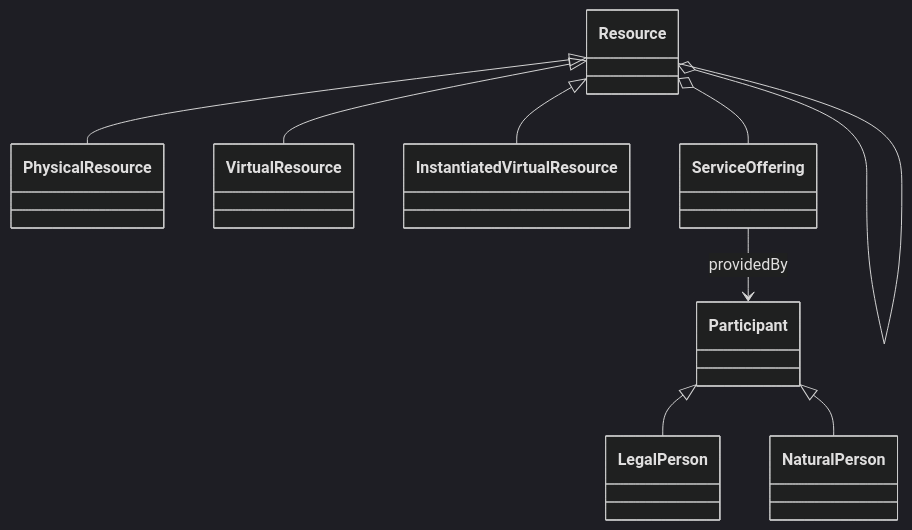
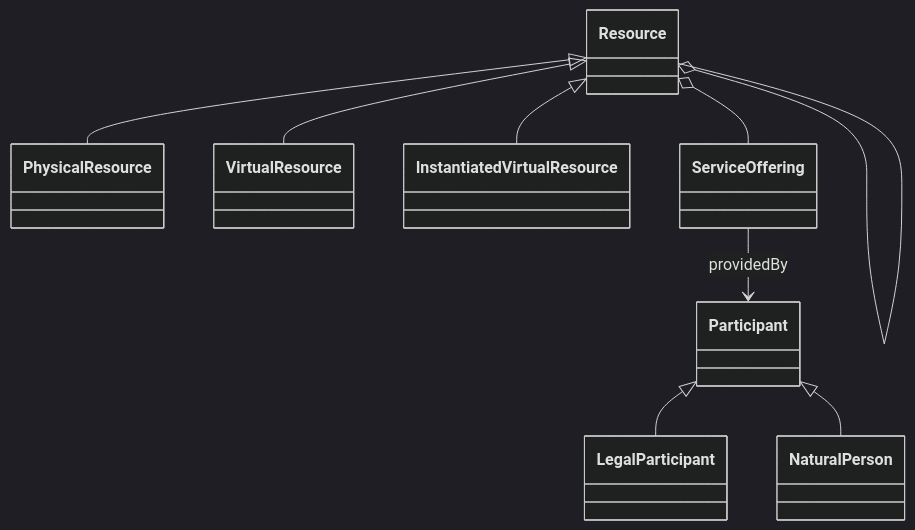
Before and after one commit to eclipse-tractusx/sd-factory: the first of 3 diagrams in docs/ARC42.md, drawn with Mermaid (dark theme). The commit also changed other lines of this file and 20 other files, not shown here.

````diff
--- a/docs/ARC42.md
+++ b/docs/ARC42.md
@@ -132,11 +132,11 @@
 ```mermaid
 classDiagram
     Resource <|-- PhysicalResource
     Resource <|-- VirtualResource
     Resource <|-- InstantiatedVirtualResource
     Resource o-- Resource
     Resource o-- ServiceOffering
     ServiceOffering --> Participant : providedBy
-    Participant <|-- LegalPerson
+    Participant <|-- LegalParticipant
     Participant <|-- NaturalPerson  
 ```
````
